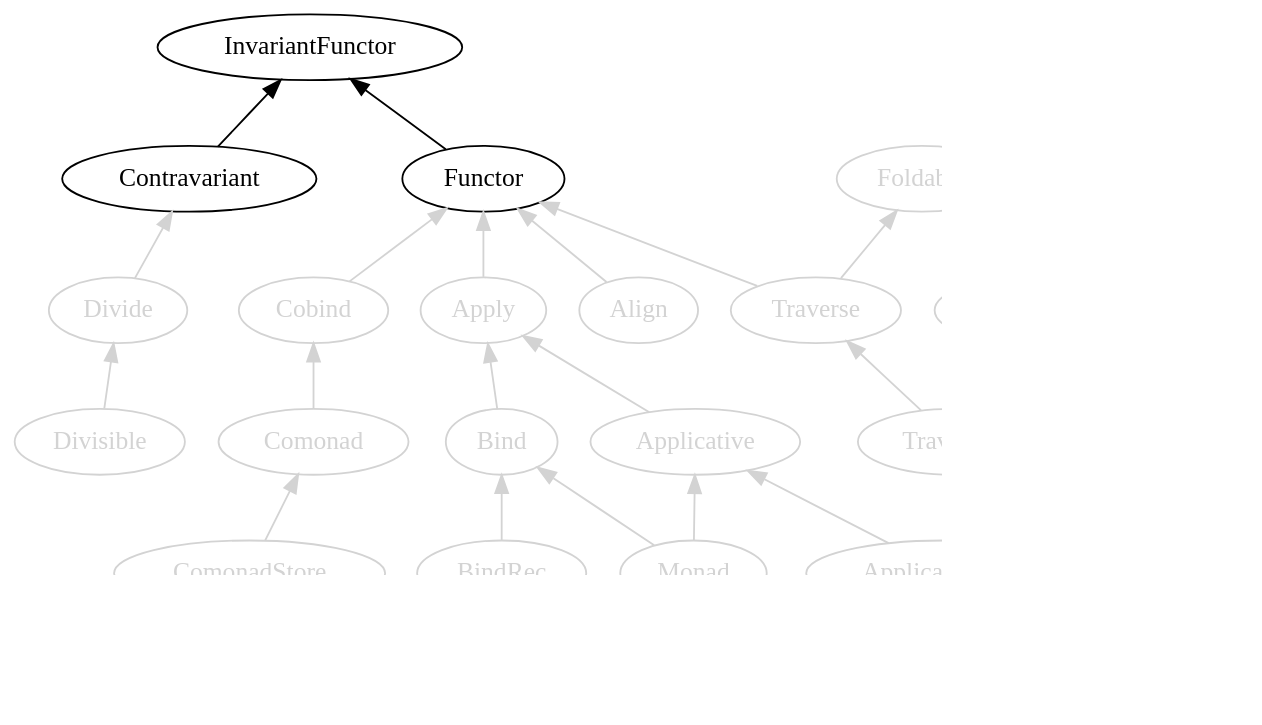
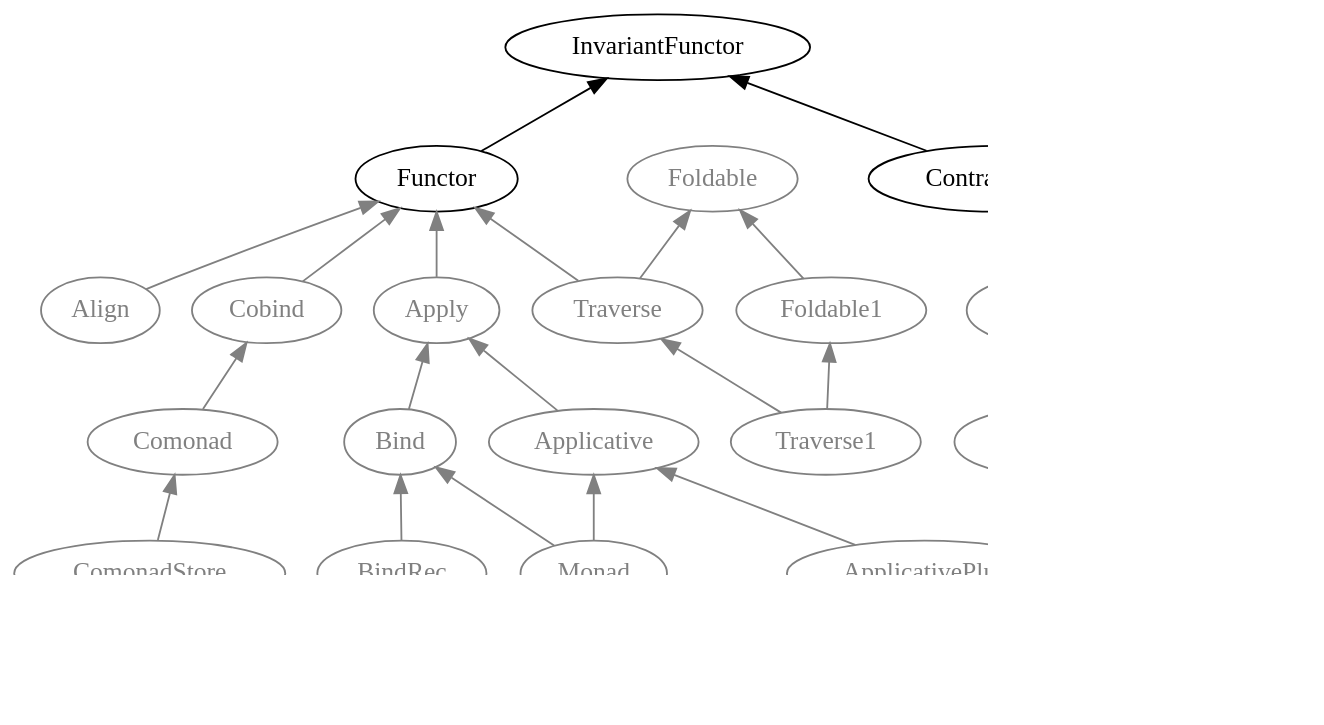
The eighth of 10 diagrams in manuscript/book.org (fommil/fpmortals), drawn with Graphviz before and after one commit. The commit also changed other lines of this file and 7 other files, not shown here.

Commit message:
improve the diagrams

```diff
--- a/manuscript/book.org
+++ b/manuscript/book.org
@@ -4056,50 +4069,55 @@
 #+BEGIN_SRC dot :file images/scalaz-variance.png :exports results
 digraph G {
     graph [dpi=100, rankdir=BT];
     node [fontname=Hack];
 
-    subgraph mappable {
-      Contravariant -> InvariantFunctor;
-      Functor -> InvariantFunctor;
-    }
+    subgraph {
+      node [fontcolor=grey,color=grey];
+      edge [color=grey];
 
-    subgraph {
-      node [fontcolor=lightgrey,color=lightgrey];
-      edge [color=lightgrey];
+      Bind -> Apply;
+      BindRec -> Bind;
+
+      Contravariant [fontcolor=black,color=black];
+      InvariantFunctor [fontcolor=black,color=black];
+      Functor [fontcolor=black,color=black];
 
       Divide -> Contravariant;
       Divisible -> Divide;
       Apply -> Functor;
+      Applicative -> Apply;
 
       Foldable1 -> Foldable;
       Traverse -> Functor;
       Traverse -> Foldable;
       Traverse1 -> Traverse;
       Traverse1 -> Foldable1;
 
-      Applicative -> Apply;
-      Align -> Functor;
-      Bind -> Apply;
-      Monad;
+      Monad -> Applicative;
 
       "Advanced Monads" [style=dashed];
       "Advanced Monads" -> Monad;
 
-      Monad -> Applicative;
       Monad -> Bind;
 
       Cobind -> Functor;
       Comonad -> Cobind;
 
       PlusEmpty -> Plus;
       IsEmpty -> PlusEmpty;
 
       ApplicativePlus -> Applicative;
       ApplicativePlus -> PlusEmpty;
 
       ComonadStore -> Comonad;
 
-      BindRec -> Bind;
+      Align -> Functor;
     }
+
+    subgraph mappable {
+      Contravariant -> InvariantFunctor;
+      Functor -> InvariantFunctor;
+    }
+
 }
 #+END_SRC
```
